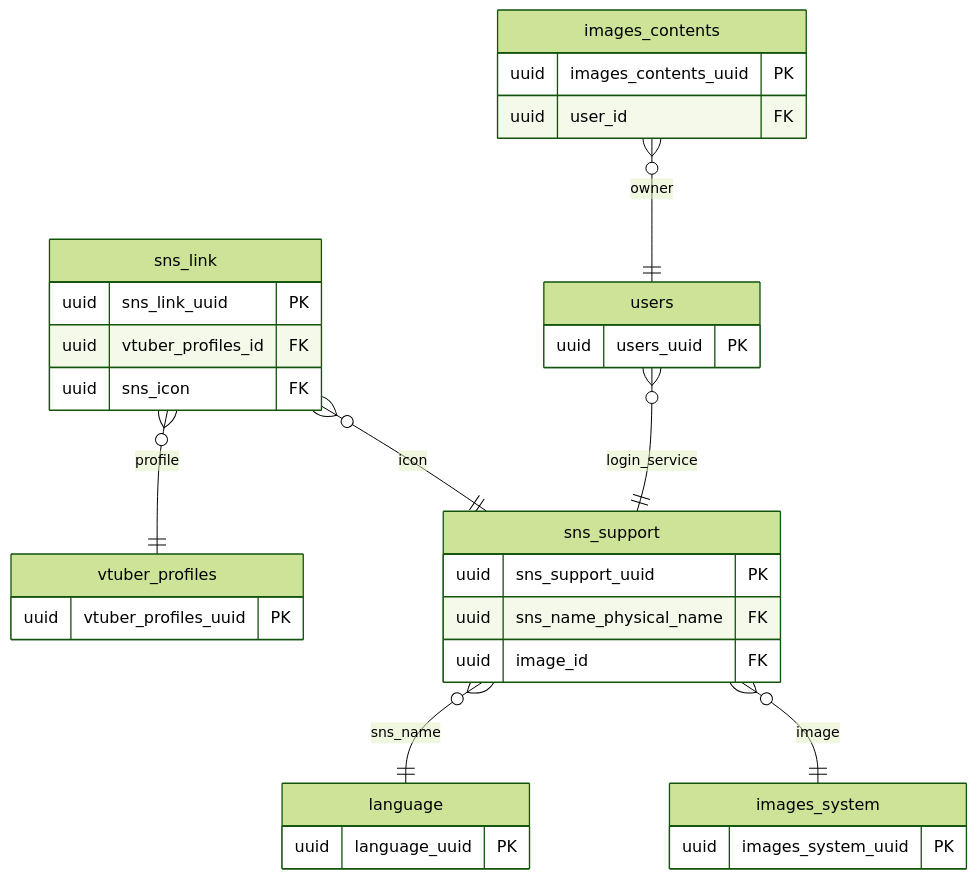
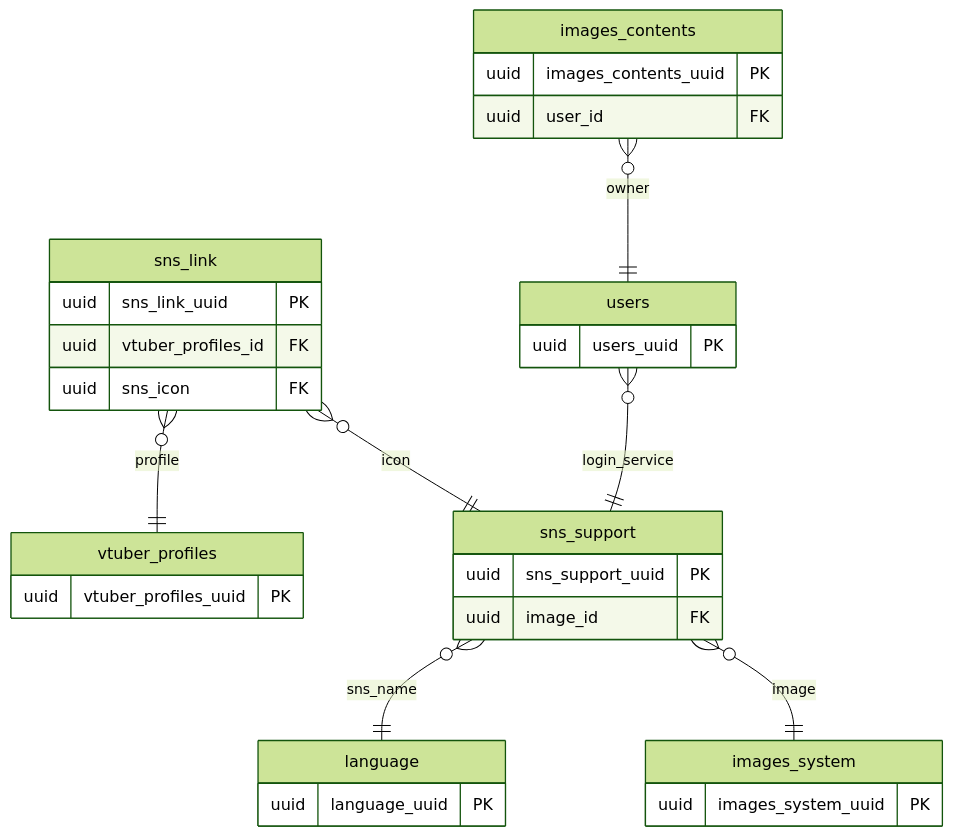
Before and after one commit to Soranoana/VtuberMeikan: the third of 5 diagrams in .design/DB/DB設計_ER図.md, drawn with Mermaid (forest theme). The commit also changed 2 other files, not shown here.

Commit message:
設計の不具合をいくつか修正

````diff
--- a/.design/DB/DB設計_ER図.md
+++ b/.design/DB/DB設計_ER図.md
@@ -104,38 +104,37 @@
 ```mermaid
 erDiagram
     vtuber_profiles {
         uuid vtuber_profiles_uuid PK
     }
     users {
         uuid users_uuid PK
     }
     sns_link {
         uuid sns_link_uuid PK
         uuid vtuber_profiles_id FK
         uuid sns_icon FK
     }
     sns_support {
         uuid sns_support_uuid PK
-        uuid sns_name_physical_name FK
         uuid image_id FK
     }
     language {
         uuid language_uuid PK
     }
     images_contents {
         uuid images_contents_uuid PK
         uuid user_id FK
     }
     images_system {
         uuid images_system_uuid PK
     }
 
     sns_link }o--|| vtuber_profiles : profile
     sns_link }o--|| sns_support : icon
 
     sns_support }o--|| language : sns_name
     sns_support }o--|| images_system : image
     users }o--|| sns_support : login_service
 
     images_contents }o--|| users : owner
 ```
````
